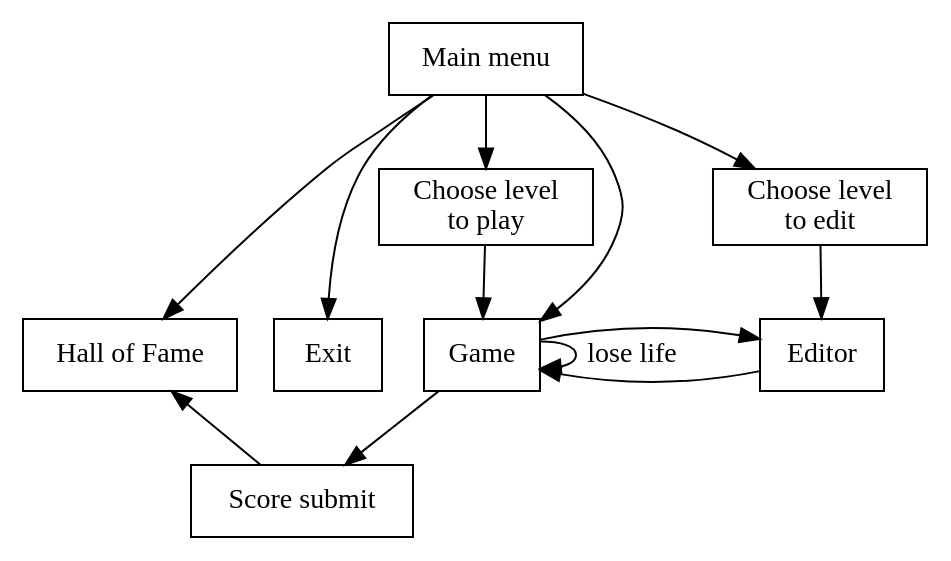
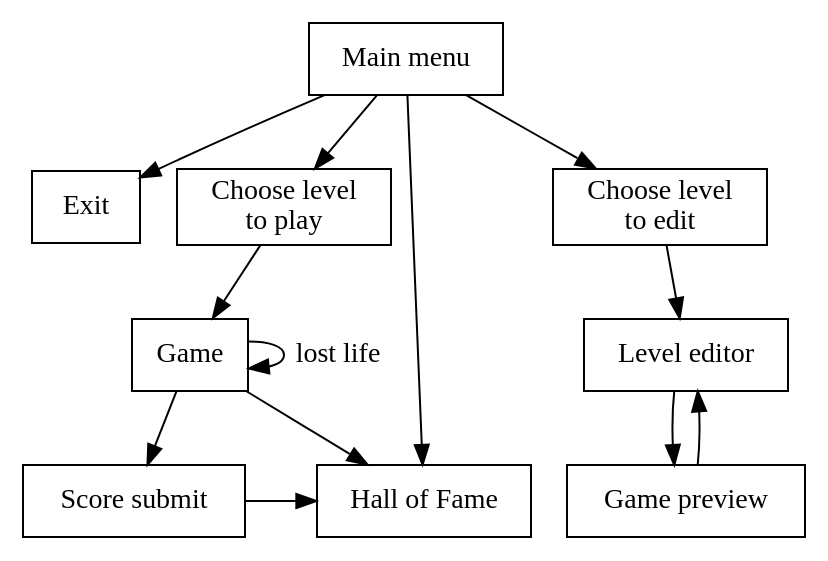
The diagram in doc/appstates.dot (mmilewski/magame), drawn with Graphviz before and after one commit. The commit also changed 1 other file, not shown here.

Commit message:
Update appstate graph layout

```diff
--- a/doc/appstates.dot
+++ b/doc/appstates.dot
@@ -1,24 +1,31 @@
 // generated by:  dot -Tpng appstates.dot > appstates.png
 
 digraph appstates {
   node [shape=box];
 
   mm [label="Main menu"];
+  exit [label="Exit"];
+
+  levelToPlay [label="Choose level\nto play"];
+  game [label="Game"];
   hof [label="Hall of Fame"];
-  exit [label="Exit"];
-  picklevel [label="Choose level\nto play"];
-  game [label="Game"];
-  editor [label="Editor"];
   submit [label="Score submit"];
+
+  editor [label="Level editor"];
   levelToEdit [label="Choose level\nto edit"]  
+  gamePreview [label="Game preview"]
+
 
   mm -> exit;
   mm -> hof;
-  mm -> picklevel -> game -> submit -> hof;
-  mm -> game;
-  mm -> levelToEdit -> editor;
-  game -> game  [label="lose life"]
-  editor -> game -> editor;
 
-  { rank=same; exit game editor hof }
+  mm -> levelToPlay -> game -> submit -> hof;
+                       game -> hof;
+                       game -> game  [label="lost life"];
+
+  mm -> levelToEdit -> editor -> gamePreview -> editor;
+
+  { rank=same;  game editor }
+  { rank=same;  submit hof }
+//  { rank=same;  mm exit }
 }
```
